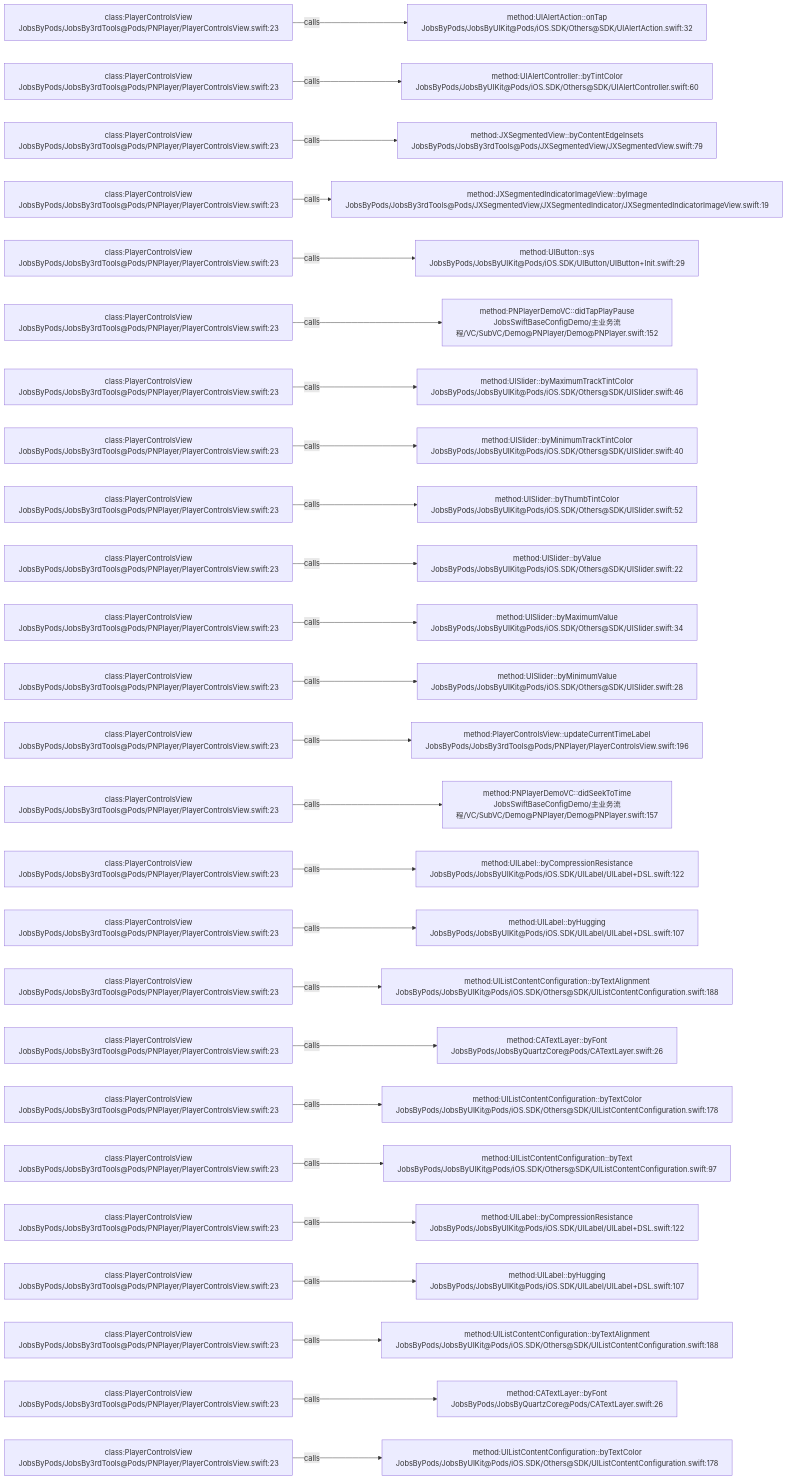
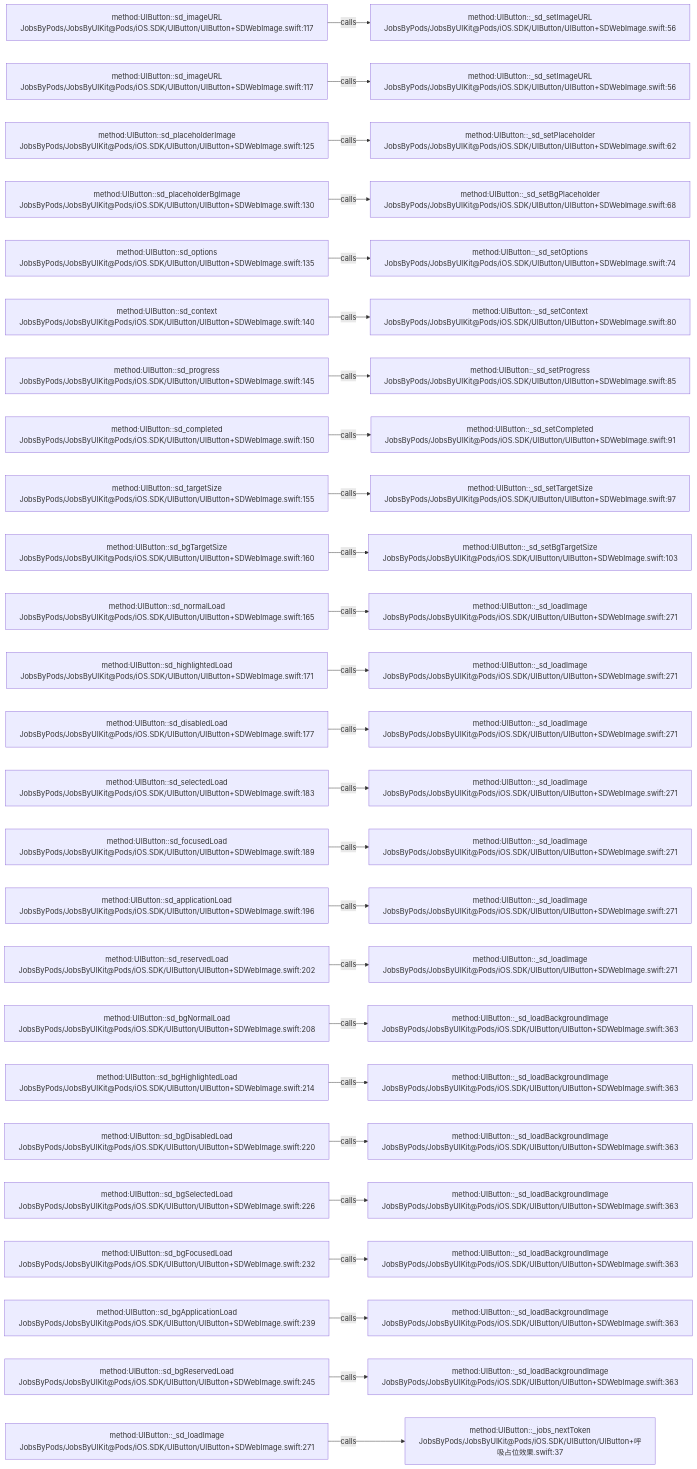
The diagram in .codegraph/codegraph.md/graphs/calls-013.md (JobsKits/JobsSwiftBaseConfigDemo), drawn with Mermaid before and after one commit. The commit also changed 569 other files, not shown here.

````diff
--- a/.codegraph/codegraph.md/graphs/calls-013.md
+++ b/.codegraph/codegraph.md/graphs/calls-013.md
@@ -13,78 +13,78 @@
 ```mermaid
 flowchart LR
-  S1["class:PlayerControlsView<br/>JobsByPods/JobsBy3rdTools@Pods/PNPlayer/PlayerControlsView.swift:23"]
-  T1["method:UIAlertAction::onTap<br/>JobsByPods/JobsByUIKit@Pods/iOS.SDK/Others@SDK/UIAlertAction.swift:32"]
+  S1["method:UIButton::sd_imageURL<br/>JobsByPods/JobsByUIKit@Pods/iOS.SDK/UIButton/UIButton+SDWebImage.swift:117"]
+  T1["method:UIButton::_sd_setImageURL<br/>JobsByPods/JobsByUIKit@Pods/iOS.SDK/UIButton/UIButton+SDWebImage.swift:56"]
   S1 -->|calls| T1
-  S2["class:PlayerControlsView<br/>JobsByPods/JobsBy3rdTools@Pods/PNPlayer/PlayerControlsView.swift:23"]
-  T2["method:UIAlertController::byTintColor<br/>JobsByPods/JobsByUIKit@Pods/iOS.SDK/Others@SDK/UIAlertController.swift:60"]
+  S2["method:UIButton::sd_imageURL<br/>JobsByPods/JobsByUIKit@Pods/iOS.SDK/UIButton/UIButton+SDWebImage.swift:117"]
+  T2["method:UIButton::_sd_setImageURL<br/>JobsByPods/JobsByUIKit@Pods/iOS.SDK/UIButton/UIButton+SDWebImage.swift:56"]
   S2 -->|calls| T2
-  S3["class:PlayerControlsView<br/>JobsByPods/JobsBy3rdTools@Pods/PNPlayer/PlayerControlsView.swift:23"]
-  T3["method:JXSegmentedView::byContentEdgeInsets<br/>JobsByPods/JobsBy3rdTools@Pods/JXSegmentedView/JXSegmentedView.swift:79"]
+  S3["method:UIButton::sd_placeholderImage<br/>JobsByPods/JobsByUIKit@Pods/iOS.SDK/UIButton/UIButton+SDWebImage.swift:125"]
+  T3["method:UIButton::_sd_setPlaceholder<br/>JobsByPods/JobsByUIKit@Pods/iOS.SDK/UIButton/UIButton+SDWebImage.swift:62"]
   S3 -->|calls| T3
-  S4["class:PlayerControlsView<br/>JobsByPods/JobsBy3rdTools@Pods/PNPlayer/PlayerControlsView.swift:23"]
-  T4["method:JXSegmentedIndicatorImageView::byImage<br/>JobsByPods/JobsBy3rdTools@Pods/JXSegmentedView/JXSegmentedIndicator/JXSegmentedIndicatorImageView.swift:19"]
+  S4["method:UIButton::sd_placeholderBgImage<br/>JobsByPods/JobsByUIKit@Pods/iOS.SDK/UIButton/UIButton+SDWebImage.swift:130"]
+  T4["method:UIButton::_sd_setBgPlaceholder<br/>JobsByPods/JobsByUIKit@Pods/iOS.SDK/UIButton/UIButton+SDWebImage.swift:68"]
   S4 -->|calls| T4
-  S5["class:PlayerControlsView<br/>JobsByPods/JobsBy3rdTools@Pods/PNPlayer/PlayerControlsView.swift:23"]
-  T5["method:UIButton::sys<br/>JobsByPods/JobsByUIKit@Pods/iOS.SDK/UIButton/UIButton+Init.swift:29"]
+  S5["method:UIButton::sd_options<br/>JobsByPods/JobsByUIKit@Pods/iOS.SDK/UIButton/UIButton+SDWebImage.swift:135"]
+  T5["method:UIButton::_sd_setOptions<br/>JobsByPods/JobsByUIKit@Pods/iOS.SDK/UIButton/UIButton+SDWebImage.swift:74"]
   S5 -->|calls| T5
-  S6["class:PlayerControlsView<br/>JobsByPods/JobsBy3rdTools@Pods/PNPlayer/PlayerControlsView.swift:23"]
-  T6["method:PNPlayerDemoVC::didTapPlayPause<br/>JobsSwiftBaseConfigDemo/主业务流程/VC/SubVC/Demo@PNPlayer/Demo@PNPlayer.swift:152"]
+  S6["method:UIButton::sd_context<br/>JobsByPods/JobsByUIKit@Pods/iOS.SDK/UIButton/UIButton+SDWebImage.swift:140"]
+  T6["method:UIButton::_sd_setContext<br/>JobsByPods/JobsByUIKit@Pods/iOS.SDK/UIButton/UIButton+SDWebImage.swift:80"]
   S6 -->|calls| T6
-  S7["class:PlayerControlsView<br/>JobsByPods/JobsBy3rdTools@Pods/PNPlayer/PlayerControlsView.swift:23"]
-  T7["method:UISlider::byMaximumTrackTintColor<br/>JobsByPods/JobsByUIKit@Pods/iOS.SDK/Others@SDK/UISlider.swift:46"]
+  S7["method:UIButton::sd_progress<br/>JobsByPods/JobsByUIKit@Pods/iOS.SDK/UIButton/UIButton+SDWebImage.swift:145"]
+  T7["method:UIButton::_sd_setProgress<br/>JobsByPods/JobsByUIKit@Pods/iOS.SDK/UIButton/UIButton+SDWebImage.swift:85"]
   S7 -->|calls| T7
-  S8["class:PlayerControlsView<br/>JobsByPods/JobsBy3rdTools@Pods/PNPlayer/PlayerControlsView.swift:23"]
-  T8["method:UISlider::byMinimumTrackTintColor<br/>JobsByPods/JobsByUIKit@Pods/iOS.SDK/Others@SDK/UISlider.swift:40"]
+  S8["method:UIButton::sd_completed<br/>JobsByPods/JobsByUIKit@Pods/iOS.SDK/UIButton/UIButton+SDWebImage.swift:150"]
+  T8["method:UIButton::_sd_setCompleted<br/>JobsByPods/JobsByUIKit@Pods/iOS.SDK/UIButton/UIButton+SDWebImage.swift:91"]
   S8 -->|calls| T8
-  S9["class:PlayerControlsView<br/>JobsByPods/JobsBy3rdTools@Pods/PNPlayer/PlayerControlsView.swift:23"]
-  T9["method:UISlider::byThumbTintColor<br/>JobsByPods/JobsByUIKit@Pods/iOS.SDK/Others@SDK/UISlider.swift:52"]
+  S9["method:UIButton::sd_targetSize<br/>JobsByPods/JobsByUIKit@Pods/iOS.SDK/UIButton/UIButton+SDWebImage.swift:155"]
+  T9["method:UIButton::_sd_setTargetSize<br/>JobsByPods/JobsByUIKit@Pods/iOS.SDK/UIButton/UIButton+SDWebImage.swift:97"]
   S9 -->|calls| T9
-  S10["class:PlayerControlsView<br/>JobsByPods/JobsBy3rdTools@Pods/PNPlayer/PlayerControlsView.swift:23"]
-  T10["method:UISlider::byValue<br/>JobsByPods/JobsByUIKit@Pods/iOS.SDK/Others@SDK/UISlider.swift:22"]
+  S10["method:UIButton::sd_bgTargetSize<br/>JobsByPods/JobsByUIKit@Pods/iOS.SDK/UIButton/UIButton+SDWebImage.swift:160"]
+  T10["method:UIButton::_sd_setBgTargetSize<br/>JobsByPods/JobsByUIKit@Pods/iOS.SDK/UIButton/UIButton+SDWebImage.swift:103"]
   S10 -->|calls| T10
-  S11["class:PlayerControlsView<br/>JobsByPods/JobsBy3rdTools@Pods/PNPlayer/PlayerControlsView.swift:23"]
-  T11["method:UISlider::byMaximumValue<br/>JobsByPods/JobsByUIKit@Pods/iOS.SDK/Others@SDK/UISlider.swift:34"]
+  S11["method:UIButton::sd_normalLoad<br/>JobsByPods/JobsByUIKit@Pods/iOS.SDK/UIButton/UIButton+SDWebImage.swift:165"]
+  T11["method:UIButton::_sd_loadImage<br/>JobsByPods/JobsByUIKit@Pods/iOS.SDK/UIButton/UIButton+SDWebImage.swift:271"]
   S11 -->|calls| T11
-  S12["class:PlayerControlsView<br/>JobsByPods/JobsBy3rdTools@Pods/PNPlayer/PlayerControlsView.swift:23"]
-  T12["method:UISlider::byMinimumValue<br/>JobsByPods/JobsByUIKit@Pods/iOS.SDK/Others@SDK/UISlider.swift:28"]
+  S12["method:UIButton::sd_highlightedLoad<br/>JobsByPods/JobsByUIKit@Pods/iOS.SDK/UIButton/UIButton+SDWebImage.swift:171"]
+  T12["method:UIButton::_sd_loadImage<br/>JobsByPods/JobsByUIKit@Pods/iOS.SDK/UIButton/UIButton+SDWebImage.swift:271"]
   S12 -->|calls| T12
-  S13["class:PlayerControlsView<br/>JobsByPods/JobsBy3rdTools@Pods/PNPlayer/PlayerControlsView.swift:23"]
-  T13["method:PlayerControlsView::updateCurrentTimeLabel<br/>JobsByPods/JobsBy3rdTools@Pods/PNPlayer/PlayerControlsView.swift:196"]
+  S13["method:UIButton::sd_disabledLoad<br/>JobsByPods/JobsByUIKit@Pods/iOS.SDK/UIButton/UIButton+SDWebImage.swift:177"]
+  T13["method:UIButton::_sd_loadImage<br/>JobsByPods/JobsByUIKit@Pods/iOS.SDK/UIButton/UIButton+SDWebImage.swift:271"]
   S13 -->|calls| T13
-  S14["class:PlayerControlsView<br/>JobsByPods/JobsBy3rdTools@Pods/PNPlayer/PlayerControlsView.swift:23"]
-  T14["method:PNPlayerDemoVC::didSeekToTime<br/>JobsSwiftBaseConfigDemo/主业务流程/VC/SubVC/Demo@PNPlayer/Demo@PNPlayer.swift:157"]
+  S14["method:UIButton::sd_selectedLoad<br/>JobsByPods/JobsByUIKit@Pods/iOS.SDK/UIButton/UIButton+SDWebImage.swift:183"]
+  T14["method:UIButton::_sd_loadImage<br/>JobsByPods/JobsByUIKit@Pods/iOS.SDK/UIButton/UIButton+SDWebImage.swift:271"]
   S14 -->|calls| T14
-  S15["class:PlayerControlsView<br/>JobsByPods/JobsBy3rdTools@Pods/PNPlayer/PlayerControlsView.swift:23"]
-  T15["method:UILabel::byCompressionResistance<br/>JobsByPods/JobsByUIKit@Pods/iOS.SDK/UILabel/UILabel+DSL.swift:122"]
+  S15["method:UIButton::sd_focusedLoad<br/>JobsByPods/JobsByUIKit@Pods/iOS.SDK/UIButton/UIButton+SDWebImage.swift:189"]
+  T15["method:UIButton::_sd_loadImage<br/>JobsByPods/JobsByUIKit@Pods/iOS.SDK/UIButton/UIButton+SDWebImage.swift:271"]
   S15 -->|calls| T15
-  S16["class:PlayerControlsView<br/>JobsByPods/JobsBy3rdTools@Pods/PNPlayer/PlayerControlsView.swift:23"]
-  T16["method:UILabel::byHugging<br/>JobsByPods/JobsByUIKit@Pods/iOS.SDK/UILabel/UILabel+DSL.swift:107"]
+  S16["method:UIButton::sd_applicationLoad<br/>JobsByPods/JobsByUIKit@Pods/iOS.SDK/UIButton/UIButton+SDWebImage.swift:196"]
+  T16["method:UIButton::_sd_loadImage<br/>JobsByPods/JobsByUIKit@Pods/iOS.SDK/UIButton/UIButton+SDWebImage.swift:271"]
   S16 -->|calls| T16
-  S17["class:PlayerControlsView<br/>JobsByPods/JobsBy3rdTools@Pods/PNPlayer/PlayerControlsView.swift:23"]
-  T17["method:UIListContentConfiguration::byTextAlignment<br/>JobsByPods/JobsByUIKit@Pods/iOS.SDK/Others@SDK/UIListContentConfiguration.swift:188"]
+  S17["method:UIButton::sd_reservedLoad<br/>JobsByPods/JobsByUIKit@Pods/iOS.SDK/UIButton/UIButton+SDWebImage.swift:202"]
+  T17["method:UIButton::_sd_loadImage<br/>JobsByPods/JobsByUIKit@Pods/iOS.SDK/UIButton/UIButton+SDWebImage.swift:271"]
   S17 -->|calls| T17
-  S18["class:PlayerControlsView<br/>JobsByPods/JobsBy3rdTools@Pods/PNPlayer/PlayerControlsView.swift:23"]
-  T18["method:CATextLayer::byFont<br/>JobsByPods/JobsByQuartzCore@Pods/CATextLayer.swift:26"]
+  S18["method:UIButton::sd_bgNormalLoad<br/>JobsByPods/JobsByUIKit@Pods/iOS.SDK/UIButton/UIButton+SDWebImage.swift:208"]
+  T18["method:UIButton::_sd_loadBackgroundImage<br/>JobsByPods/JobsByUIKit@Pods/iOS.SDK/UIButton/UIButton+SDWebImage.swift:363"]
   S18 -->|calls| T18
-  S19["class:PlayerControlsView<br/>JobsByPods/JobsBy3rdTools@Pods/PNPlayer/PlayerControlsView.swift:23"]
-  T19["method:UIListContentConfiguration::byTextColor<br/>JobsByPods/JobsByUIKit@Pods/iOS.SDK/Others@SDK/UIListContentConfiguration.swift:178"]
+  S19["method:UIButton::sd_bgHighlightedLoad<br/>JobsByPods/JobsByUIKit@Pods/iOS.SDK/UIButton/UIButton+SDWebImage.swift:214"]
+  T19["method:UIButton::_sd_loadBackgroundImage<br/>JobsByPods/JobsByUIKit@Pods/iOS.SDK/UIButton/UIButton+SDWebImage.swift:363"]
   S19 -->|calls| T19
-  S20["class:PlayerControlsView<br/>JobsByPods/JobsBy3rdTools@Pods/PNPlayer/PlayerControlsView.swift:23"]
-  T20["method:UIListContentConfiguration::byText<br/>JobsByPods/JobsByUIKit@Pods/iOS.SDK/Others@SDK/UIListContentConfiguration.swift:97"]
+  S20["method:UIButton::sd_bgDisabledLoad<br/>JobsByPods/JobsByUIKit@Pods/iOS.SDK/UIButton/UIButton+SDWebImage.swift:220"]
+  T20["method:UIButton::_sd_loadBackgroundImage<br/>JobsByPods/JobsByUIKit@Pods/iOS.SDK/UIButton/UIButton+SDWebImage.swift:363"]
   S20 -->|calls| T20
-  S21["class:PlayerControlsView<br/>JobsByPods/JobsBy3rdTools@Pods/PNPlayer/PlayerControlsView.swift:23"]
-  T21["method:UILabel::byCompressionResistance<br/>JobsByPods/JobsByUIKit@Pods/iOS.SDK/UILabel/UILabel+DSL.swift:122"]
+  S21["method:UIButton::sd_bgSelectedLoad<br/>JobsByPods/JobsByUIKit@Pods/iOS.SDK/UIButton/UIButton+SDWebImage.swift:226"]
+  T21["method:UIButton::_sd_loadBackgroundImage<br/>JobsByPods/JobsByUIKit@Pods/iOS.SDK/UIButton/UIButton+SDWebImage.swift:363"]
   S21 -->|calls| T21
-  S22["class:PlayerControlsView<br/>JobsByPods/JobsBy3rdTools@Pods/PNPlayer/PlayerControlsView.swift:23"]
-  T22["method:UILabel::byHugging<br/>JobsByPods/JobsByUIKit@Pods/iOS.SDK/UILabel/UILabel+DSL.swift:107"]
+  S22["method:UIButton::sd_bgFocusedLoad<br/>JobsByPods/JobsByUIKit@Pods/iOS.SDK/UIButton/UIButton+SDWebImage.swift:232"]
+  T22["method:UIButton::_sd_loadBackgroundImage<br/>JobsByPods/JobsByUIKit@Pods/iOS.SDK/UIButton/UIButton+SDWebImage.swift:363"]
   S22 -->|calls| T22
-  S23["class:PlayerControlsView<br/>JobsByPods/JobsBy3rdTools@Pods/PNPlayer/PlayerControlsView.swift:23"]
-  T23["method:UIListContentConfiguration::byTextAlignment<br/>JobsByPods/JobsByUIKit@Pods/iOS.SDK/Others@SDK/UIListContentConfiguration.swift:188"]
+  S23["method:UIButton::sd_bgApplicationLoad<br/>JobsByPods/JobsByUIKit@Pods/iOS.SDK/UIButton/UIButton+SDWebImage.swift:239"]
+  T23["method:UIButton::_sd_loadBackgroundImage<br/>JobsByPods/JobsByUIKit@Pods/iOS.SDK/UIButton/UIButton+SDWebImage.swift:363"]
   S23 -->|calls| T23
-  S24["class:PlayerControlsView<br/>JobsByPods/JobsBy3rdTools@Pods/PNPlayer/PlayerControlsView.swift:23"]
-  T24["method:CATextLayer::byFont<br/>JobsByPods/JobsByQuartzCore@Pods/CATextLayer.swift:26"]
+  S24["method:UIButton::sd_bgReservedLoad<br/>JobsByPods/JobsByUIKit@Pods/iOS.SDK/UIButton/UIButton+SDWebImage.swift:245"]
+  T24["method:UIButton::_sd_loadBackgroundImage<br/>JobsByPods/JobsByUIKit@Pods/iOS.SDK/UIButton/UIButton+SDWebImage.swift:363"]
   S24 -->|calls| T24
-  S25["class:PlayerControlsView<br/>JobsByPods/JobsBy3rdTools@Pods/PNPlayer/PlayerControlsView.swift:23"]
-  T25["method:UIListContentConfiguration::byTextColor<br/>JobsByPods/JobsByUIKit@Pods/iOS.SDK/Others@SDK/UIListContentConfiguration.swift:178"]
+  S25["method:UIButton::_sd_loadImage<br/>JobsByPods/JobsByUIKit@Pods/iOS.SDK/UIButton/UIButton+SDWebImage.swift:271"]
+  T25["method:UIButton::_jobs_nextToken<br/>JobsByPods/JobsByUIKit@Pods/iOS.SDK/UIButton/UIButton+呼吸占位效果.swift:37"]
   S25 -->|calls| T25
 ```
````
